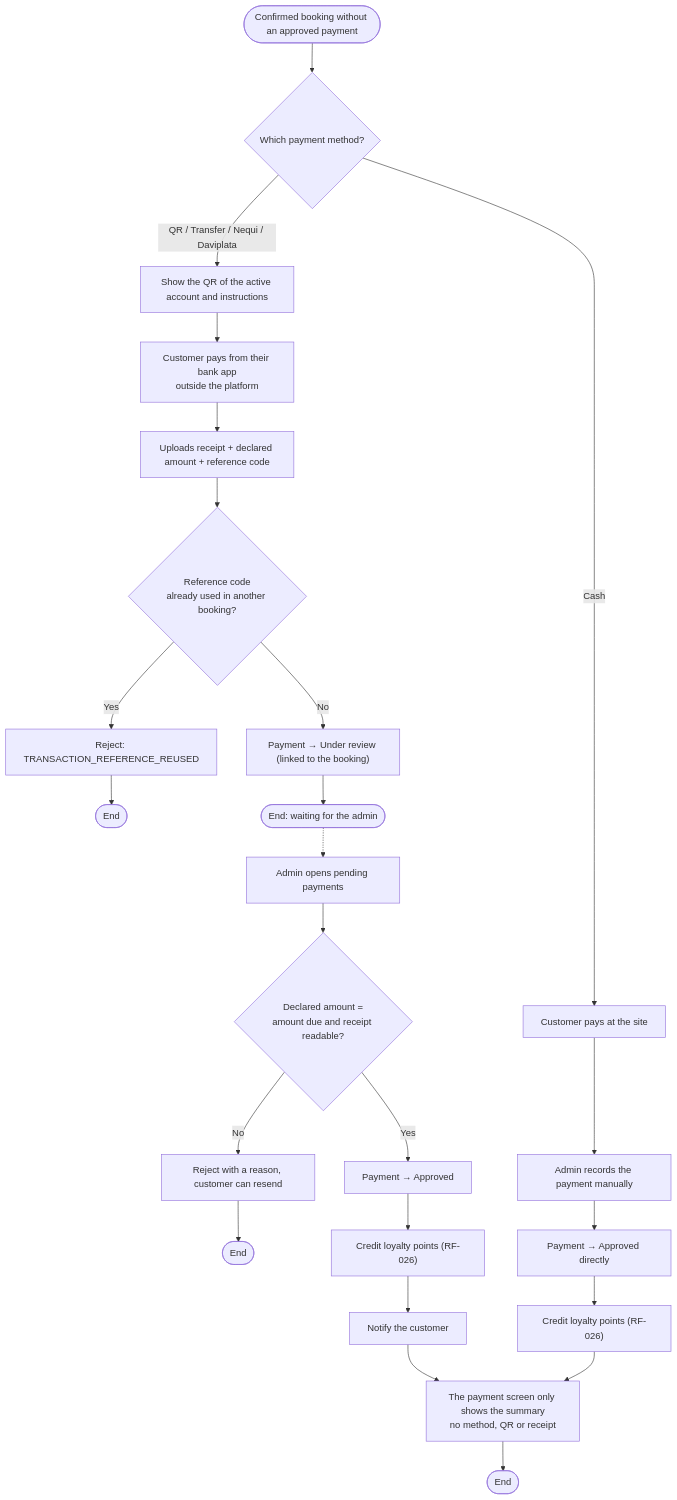
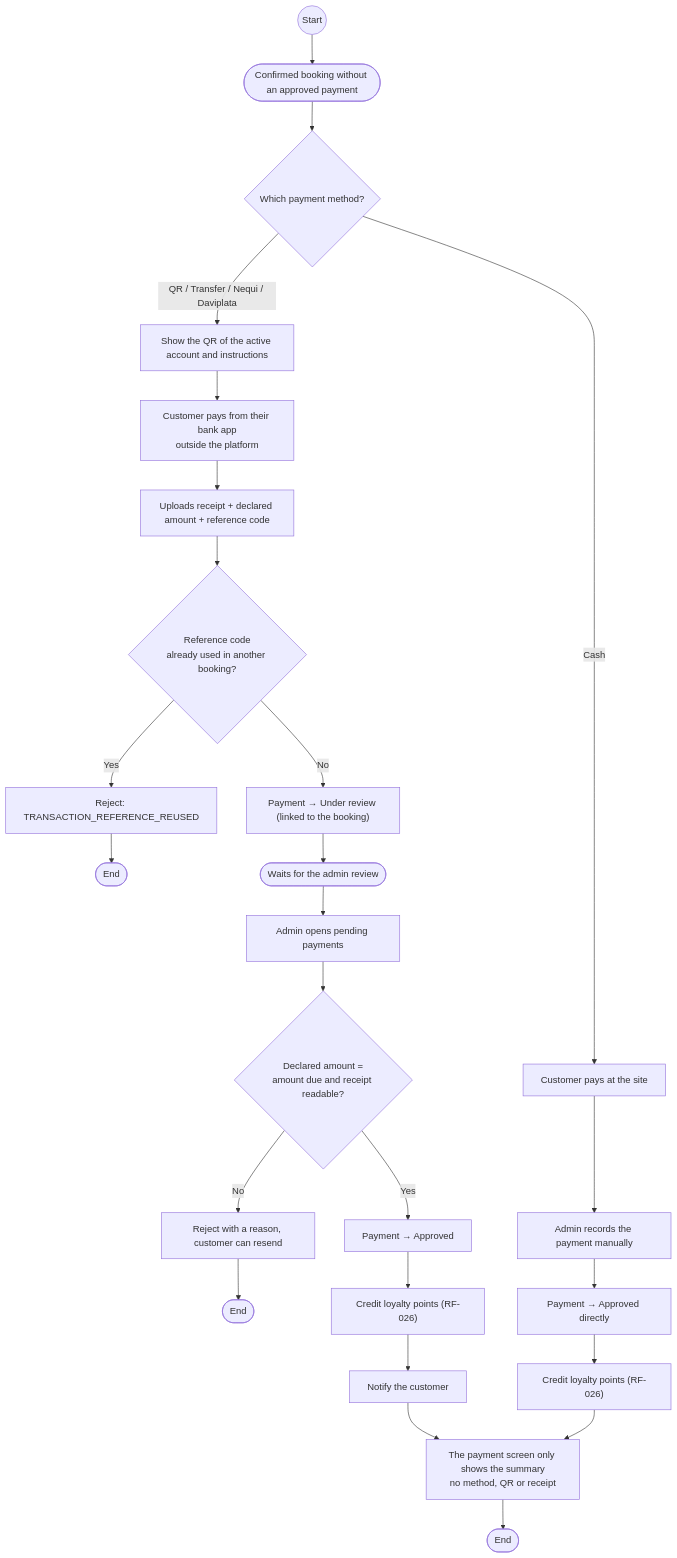
Diagram 18 of 26 in 02_DOCUMENTACION_DE_ANALISIS_DEL_SOFTWARE/EN/MD/software-analysis-documentation.md (BrayanCABRERA123/lavarapido-docs), drawn with Mermaid before and after one commit. The commit also changed other lines of this file and 5 other files, not shown here.

Commit message:
docs(analysis): clean the activity, sequence and state diagrams after a second visual review

````diff
--- a/02_DOCUMENTACION_DE_ANALISIS_DEL_SOFTWARE/EN/MD/software-analysis-documentation.md
+++ b/02_DOCUMENTACION_DE_ANALISIS_DEL_SOFTWARE/EN/MD/software-analysis-documentation.md
@@ -748,29 +748,30 @@
 ```mermaid
 flowchart TD
+    start0((Start)) --> start
     start([Confirmed booking without an approved payment]) --> method{Which payment method?}
 
     method -->|QR / Transfer / Nequi / Daviplata| showqr[Show the QR of the active account and instructions]
     showqr --> extpay[Customer pays from their bank app<br/>outside the platform]
     extpay --> upload[Uploads receipt + declared amount + reference code]
     upload --> dup{Reference code<br/>already used in another booking?}
     dup -->|Yes| rejectref[Reject: TRANSACTION_REFERENCE_REUSED]
     rejectref --> stop1([End])
     dup -->|No| inreview["Payment → Under review (linked to the booking)"]
-    inreview --> stop2([End: waiting for the admin])
+    inreview --> waitadm([Waits for the admin review])
 
     method -->|Cash| cash[Customer pays at the site]
     cash --> register[Admin records the payment manually]
     register --> approved1["Payment → Approved directly"]
     approved1 --> points1["Credit loyalty points (RF-026)"]
     points1 --> lockui
 
-    stop2 -.-> review[Admin opens pending payments]
+    waitadm --> review[Admin opens pending payments]
     review --> compare{Declared amount =<br/>amount due and receipt readable?}
     compare -->|No| reject[Reject with a reason, customer can resend]
     reject --> stop4([End])
     compare -->|Yes| approve["Payment → Approved"]
     approve --> points2["Credit loyalty points (RF-026)"]
     points2 --> notifyc[Notify the customer]
     notifyc --> lockui[The payment screen only shows the summary<br/>no method, QR or receipt]
     lockui --> stop5([End])
 ```
````
